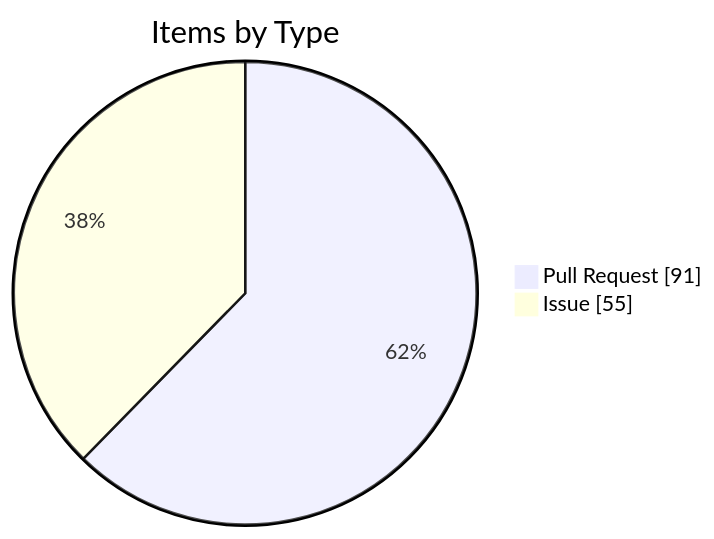
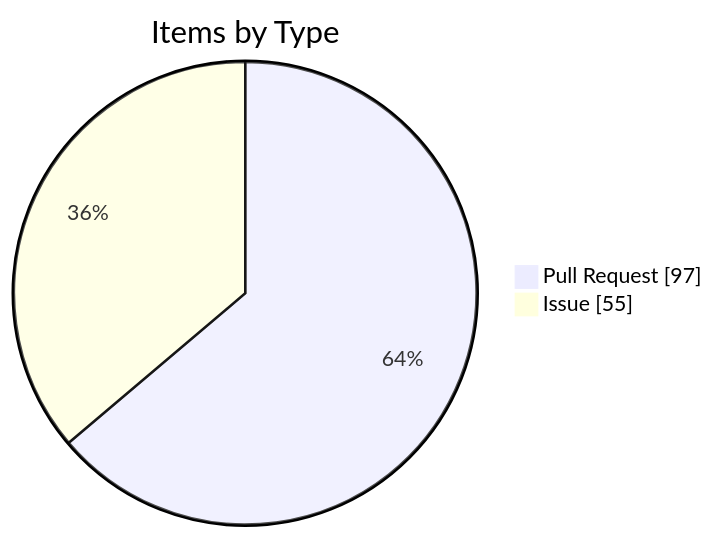
One commit to KBVE/kbve changed the fourth of 4 diagrams in apps/kbve/astro-kbve/src/content/docs/dashboard/kanban-data.mdx. Above: the diagram before and after it, drawn with Mermaid. The commit also changed other lines of this file and 8 other files, not shown here.

````diff
--- a/apps/kbve/astro-kbve/src/content/docs/dashboard/kanban-data.mdx
+++ b/apps/kbve/astro-kbve/src/content/docs/dashboard/kanban-data.mdx
@@ -115,6 +115,6 @@
 ```mermaid
 pie showData
     title Items by Type
-    "Pull Request" : 91
+    "Pull Request" : 97
     "Issue" : 55
 ```
````
